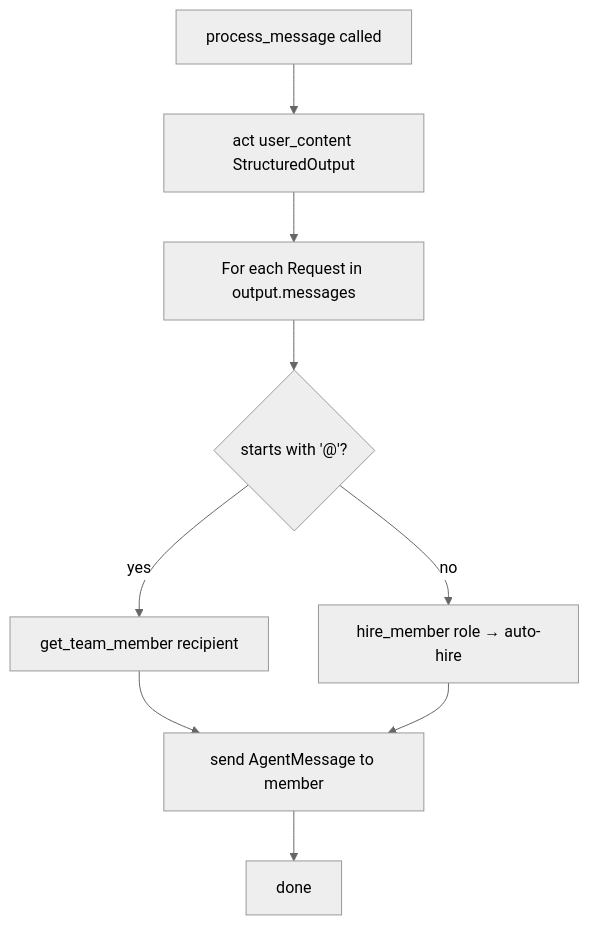
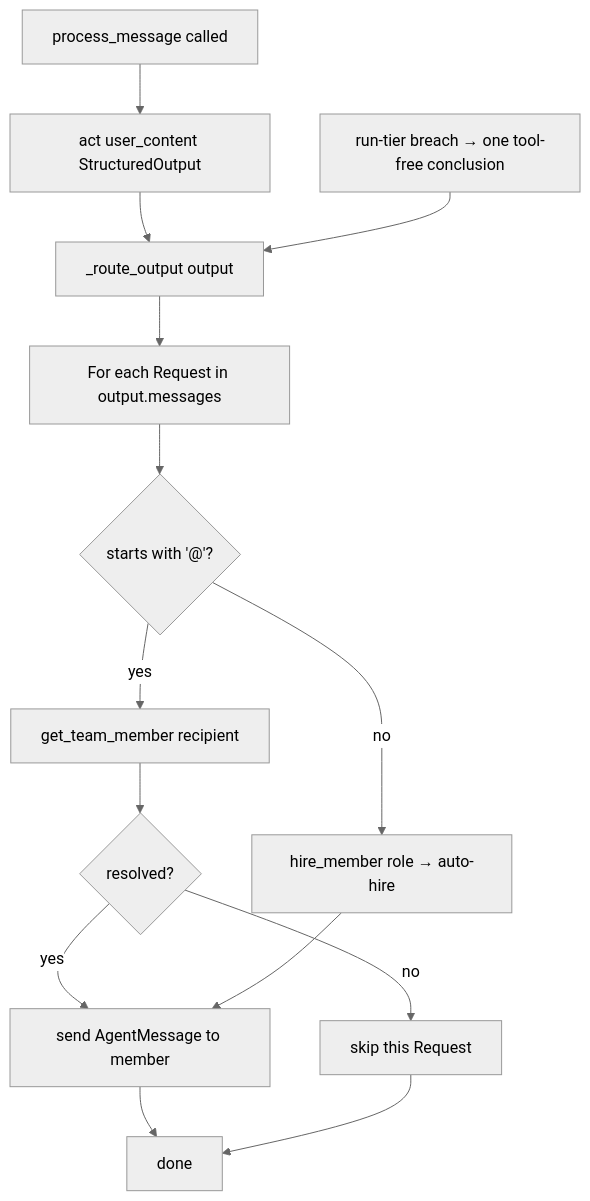
One commit to b12consulting/akgentic-agent changed the fifth of 5 diagrams in docs/agent-collaboration.md. Above: the diagram before and after it, drawn with Mermaid (neutral theme). The commit also changed other lines of this file and 1 other file, not shown here.

First line of the commit message:
docs(akgentic-agent): 18-2 document the two usage-limit reactions

````diff
--- a/docs/agent-collaboration.md
+++ b/docs/agent-collaboration.md
@@ -477,11 +482,16 @@
 ```mermaid
 flowchart TD
     S[process_message called] --> A[act user_content StructuredOutput]
-    A --> B[For each Request in output.messages]
+    A --> R[_route_output output]
+    C[run-tier breach → one tool-free conclusion] --> R
+    R --> B[For each Request in output.messages]
     B --> E{starts with '@'?}
     E -->|yes| F[get_team_member recipient]
-    F --> H[send AgentMessage to member]
+    F --> G{resolved?}
+    G -->|yes| H[send AgentMessage to member]
+    G -->|no| K[skip this Request]
     E -->|no| L[hire_member role → auto-hire]
     L --> H
     H --> P[done]
+    K --> P
 ```
````
